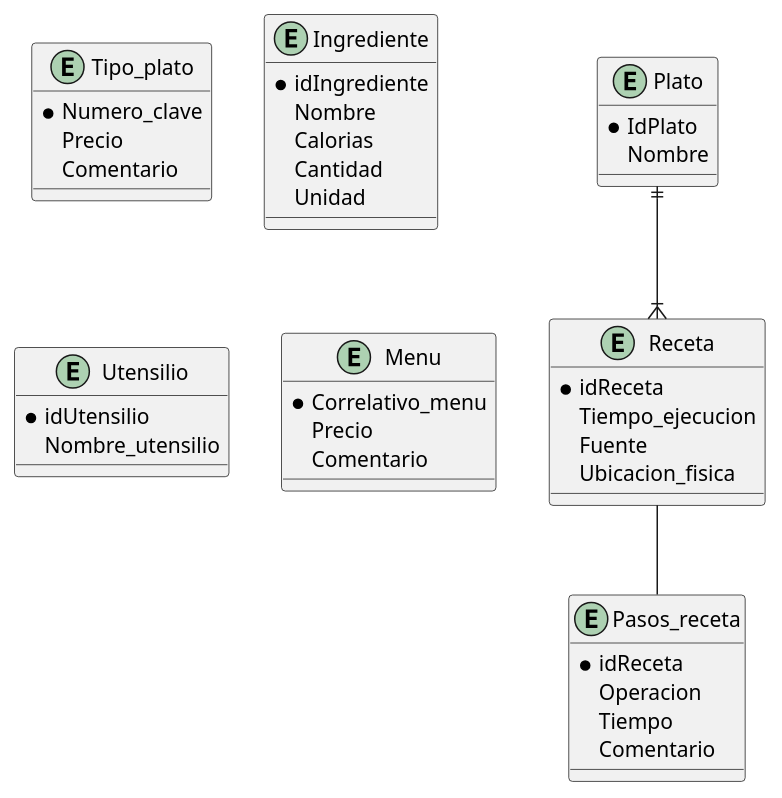
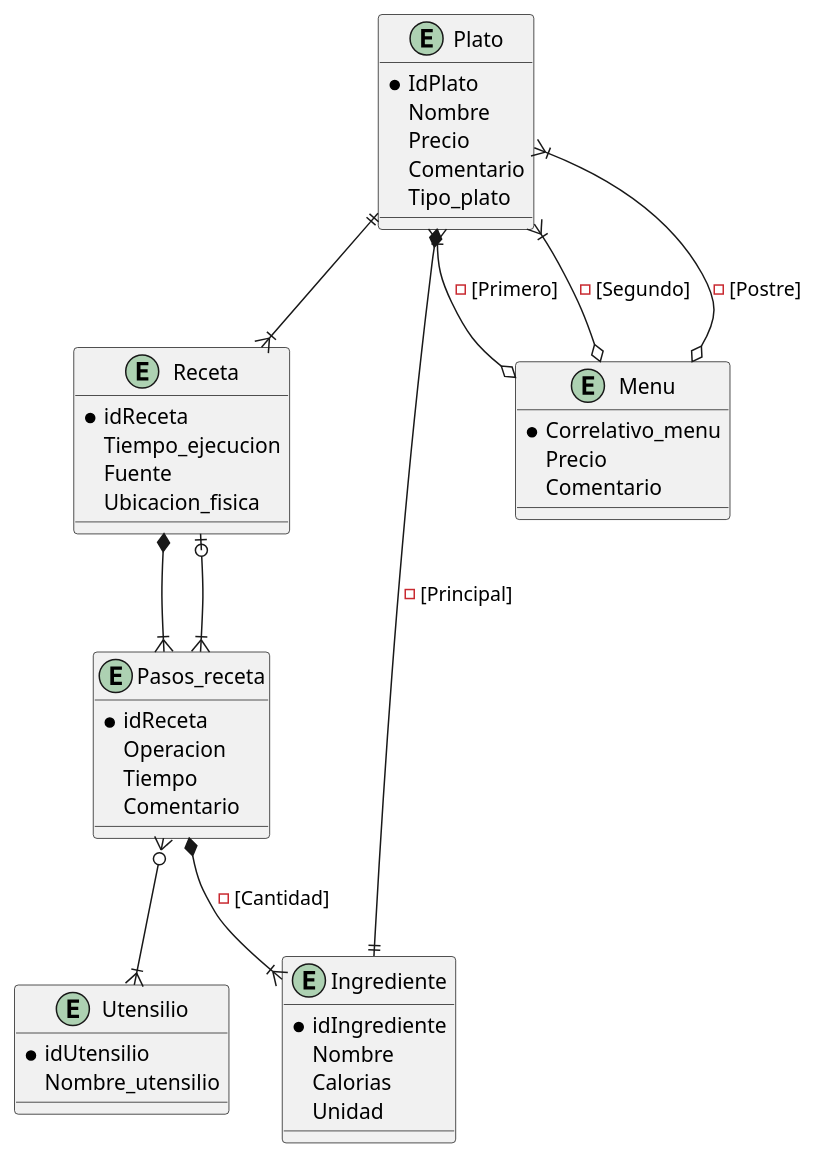
The diagram in Recetario.puml (DiegoPeredo/BASDAT), drawn with PlantUML before and after one commit.

Commit message:
Recetario

```diff
--- a/Recetario.puml
+++ b/Recetario.puml
@@ -1,50 +1,53 @@
-@startuml
+@startuml Recetario
 
 entity Receta{
   *idReceta
   Tiempo_ejecucion
   Fuente
   Ubicacion_fisica
 }
 
 entity Pasos_receta {
   *idReceta
   Operacion
   Tiempo
   Comentario
 }
-
-entity Tipo_plato{
-  *Numero_clave
-  Precio
-  Comentario  
-}
-
-entity Ingrediente{
+ 
+entity Ingrediente {
   *idIngrediente
   Nombre
   Calorias
-  Cantidad
   Unidad
 }
 
 entity Utensilio {
   *idUtensilio
   Nombre_utensilio
 }
 
 entity Menu {
   *Correlativo_menu
   Precio
   Comentario
 }
 
 entity Plato {
   *IdPlato
-  Nombre 
+  Nombre
+  Precio
+  Comentario
+  Tipo_plato
 }
 
+Receta *--|{ Pasos_receta
+Receta |o--|{ Pasos_receta
+Pasos_receta *--|{ Ingrediente :-[Cantidad]
+Pasos_receta }o--|{ Utensilio
 Plato ||--|{ Receta
-Receta -- Pasos_receta
+Plato *--|| Ingrediente :-[Principal]
+Plato }|--o Menu :-[Primero]
+Plato }|--o Menu :-[Segundo]
+Plato }|--o Menu :-[Postre]
 
 @enduml
```
